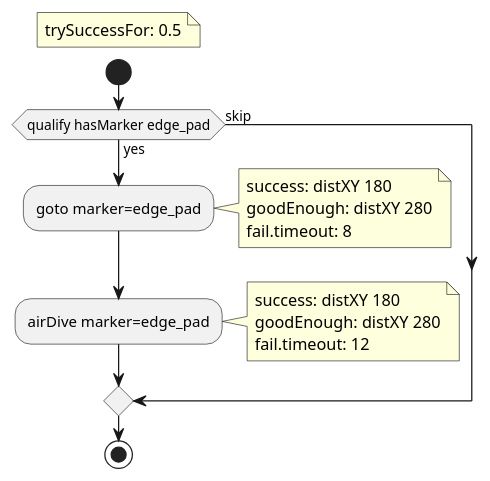
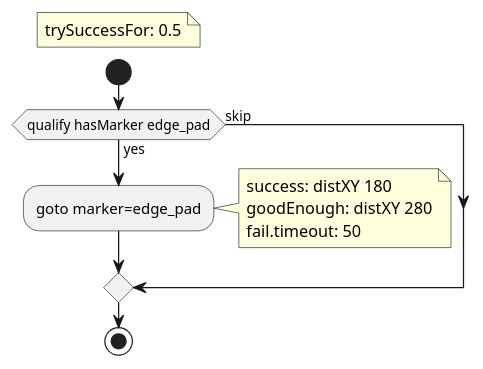
Before and after one commit to JacksIndulgentMind/Calling: the diagram in Config/BotBooks/edge_pad.puml, drawn with PlantUML. The commit also changed 24 other files, not shown here.

First line of the commit message:
Let Recast goto Launch owned AirDive hops and race compose into the match.

```diff
--- a/Config/BotBooks/edge_pad.puml
+++ b/Config/BotBooks/edge_pad.puml
@@ -1,22 +1,16 @@
 @startuml edge_pad
 floating note
 trySuccessFor: 0.5
 end note
 start
 if (qualify hasMarker edge_pad) then (yes)
   :goto marker=edge_pad;
   note right
     success: distXY 180
     goodEnough: distXY 280
-    fail.timeout: 8
-  end note
-  :airDive marker=edge_pad;
-  note right
-    success: distXY 180
-    goodEnough: distXY 280
-    fail.timeout: 12
+    fail.timeout: 50
   end note
 else (skip)
 endif
 stop
 @enduml
```
